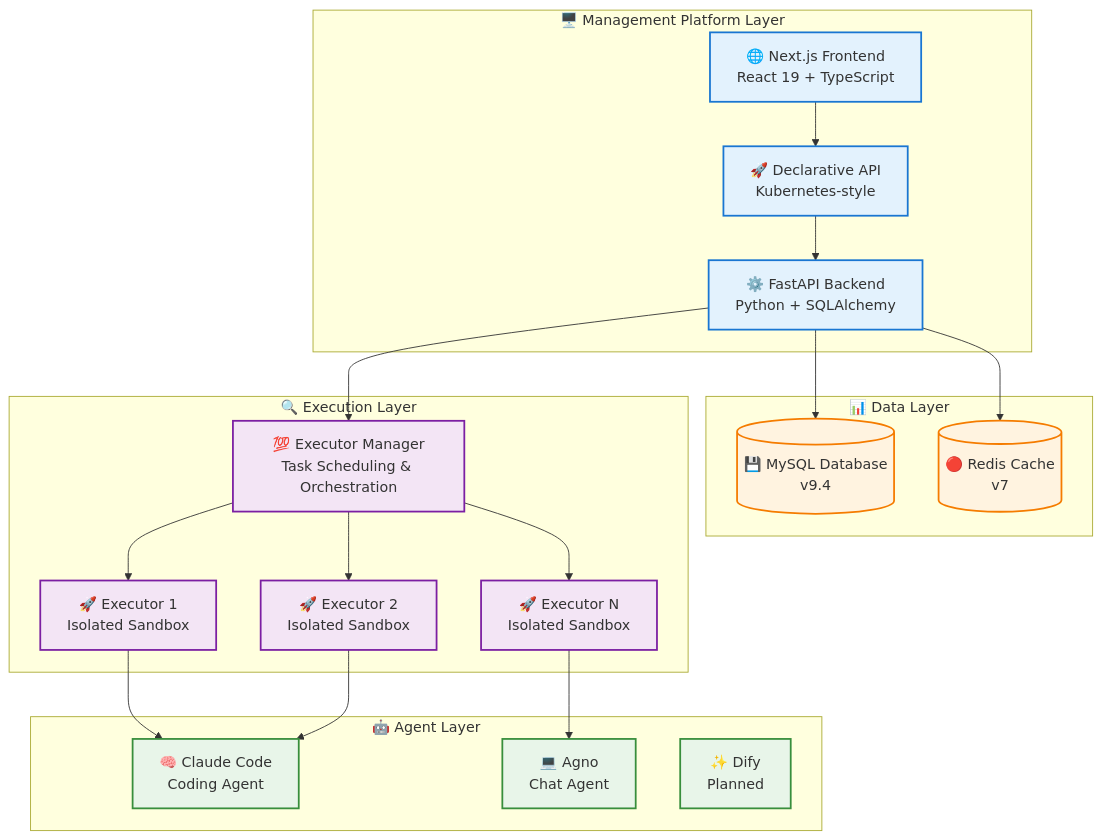
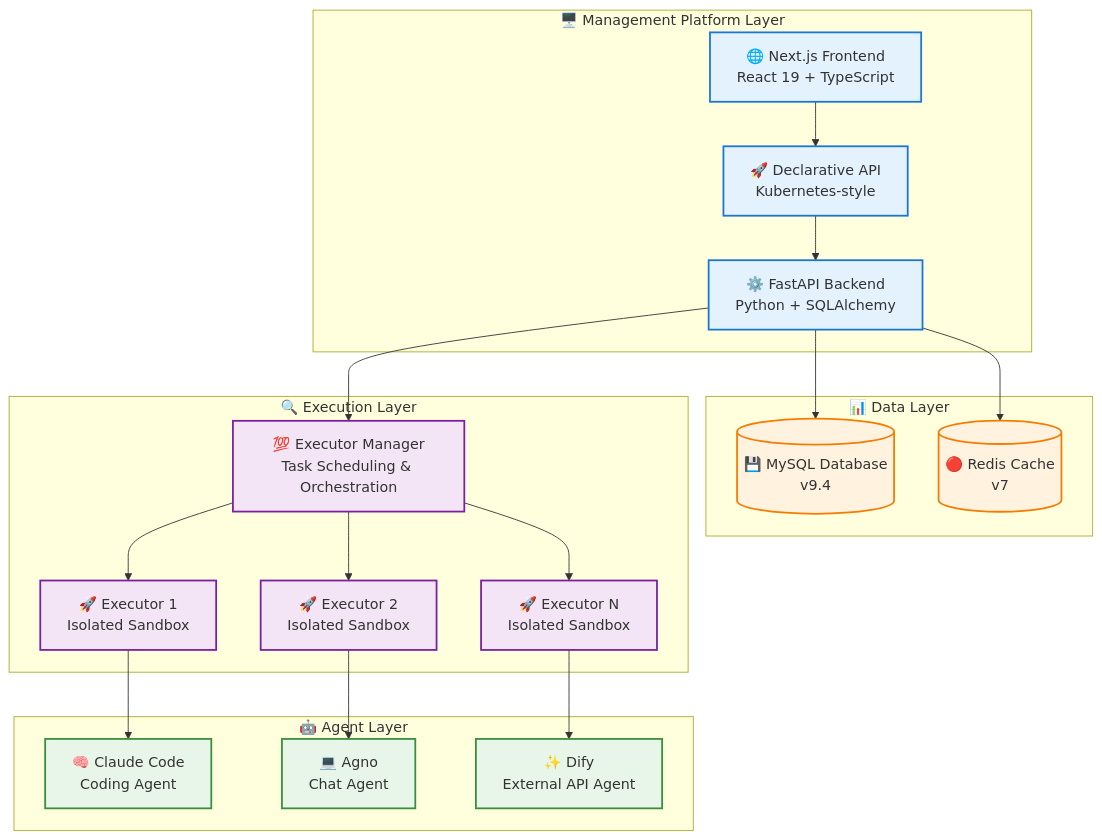
One commit to wecode-ai/Wegent changed the first of 3 diagrams in docs/en/concepts/architecture.md. Above: the diagram before and after it, drawn with Mermaid. The commit also changed other lines of this file and 6 other files, not shown here.

First line of the commit message:
docs: update documentation to reflect Dify agent support

````diff
--- a/docs/en/concepts/architecture.md
+++ b/docs/en/concepts/architecture.md
@@ -24,53 +24,53 @@
 ```mermaid
 graph TB
     subgraph "🖥️ Management Platform Layer"
         Frontend["🌐 Next.js Frontend<br/>React 19 + TypeScript"]
         Backend["⚙️ FastAPI Backend<br/>Python + SQLAlchemy"]
         API["🚀 Declarative API<br/>Kubernetes-style"]
     end
 
     subgraph "📊 Data Layer"
         MySQL[("💾 MySQL Database<br/>v9.4")]
         Redis[("🔴 Redis Cache<br/>v7")]
     end
 
     subgraph "🔍 Execution Layer"
         ExecutorManager["💯 Executor Manager<br/>Task Scheduling & Orchestration"]
         Executor1["🚀 Executor 1<br/>Isolated Sandbox"]
         Executor2["🚀 Executor 2<br/>Isolated Sandbox"]
         ExecutorN["🚀 Executor N<br/>Isolated Sandbox"]
     end
 
     subgraph "🤖 Agent Layer"
         Claude["🧠 Claude Code<br/>Coding Agent"]
         Agno["💻 Agno<br/>Chat Agent"]
-        DifyPlanned["✨ Dify<br/>Planned"]
+        Dify["✨ Dify<br/>External API Agent"]
     end
 
 
     %% System Interactions
     Frontend --> API
     API --> Backend
     Backend --> MySQL
     Backend --> Redis
     Backend --> ExecutorManager
     ExecutorManager --> Executor1
     ExecutorManager --> Executor2
     ExecutorManager --> ExecutorN
 
     %% AI Program Integration
     Executor1 --> Claude
-    Executor2 --> Claude
-    ExecutorN --> Agno
+    Executor2 --> Agno
+    ExecutorN --> Dify
 
     %% Styling
     classDef platform fill:#e3f2fd,stroke:#1976d2,stroke-width:2px
     classDef data fill:#fff3e0,stroke:#f57c00,stroke-width:2px
     classDef execution fill:#f3e5f5,stroke:#7b1fa2,stroke-width:2px
     classDef agent fill:#e8f5e9,stroke:#388e3c,stroke-width:2px
 
     class Frontend,Backend,API platform
     class MySQL,Redis data
     class ExecutorManager,Executor1,Executor2,ExecutorN execution
-    class Claude,Agno,DifyPlanned agent
+    class Claude,Agno,Dify agent
 ```
````
